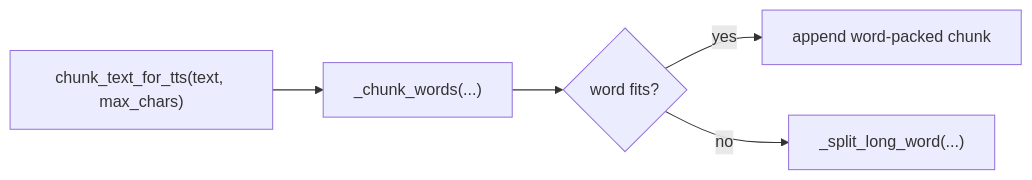
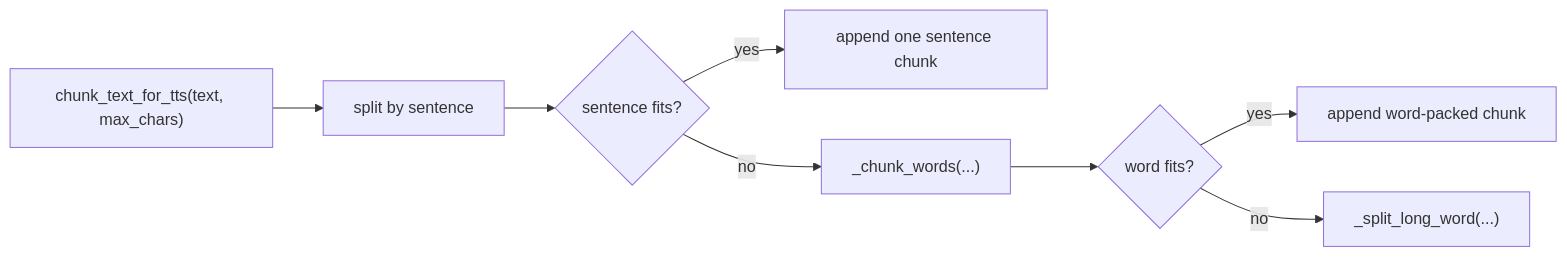
One commit to gaelic-ghost/speak-to-user changed the fifth of 5 diagrams in WORKFLOWS.md. Above: the diagram before and after it, drawn with Mermaid. The commit also changed other lines of this file and 5 other files, not shown here.

````diff
--- a/WORKFLOWS.md
+++ b/WORKFLOWS.md
@@ -83,7 +83,10 @@
 ```mermaid
 flowchart LR
-    A["chunk_text_for_tts(text, max_chars)"] --> B["_chunk_words(...)"]
-    B --> C{"word fits?"}
-    C -->|yes| D["append word-packed chunk"]
-    C -->|no| E["_split_long_word(...)"]
+    A["chunk_text_for_tts(text, max_chars)"] --> B["split by sentence"]
+    B --> C{"sentence fits?"}
+    C -->|yes| D["append one sentence chunk"]
+    C -->|no| E["_chunk_words(...)"]
+    E --> F{"word fits?"}
+    F -->|yes| G["append word-packed chunk"]
+    F -->|no| H["_split_long_word(...)"]
 ```
````
